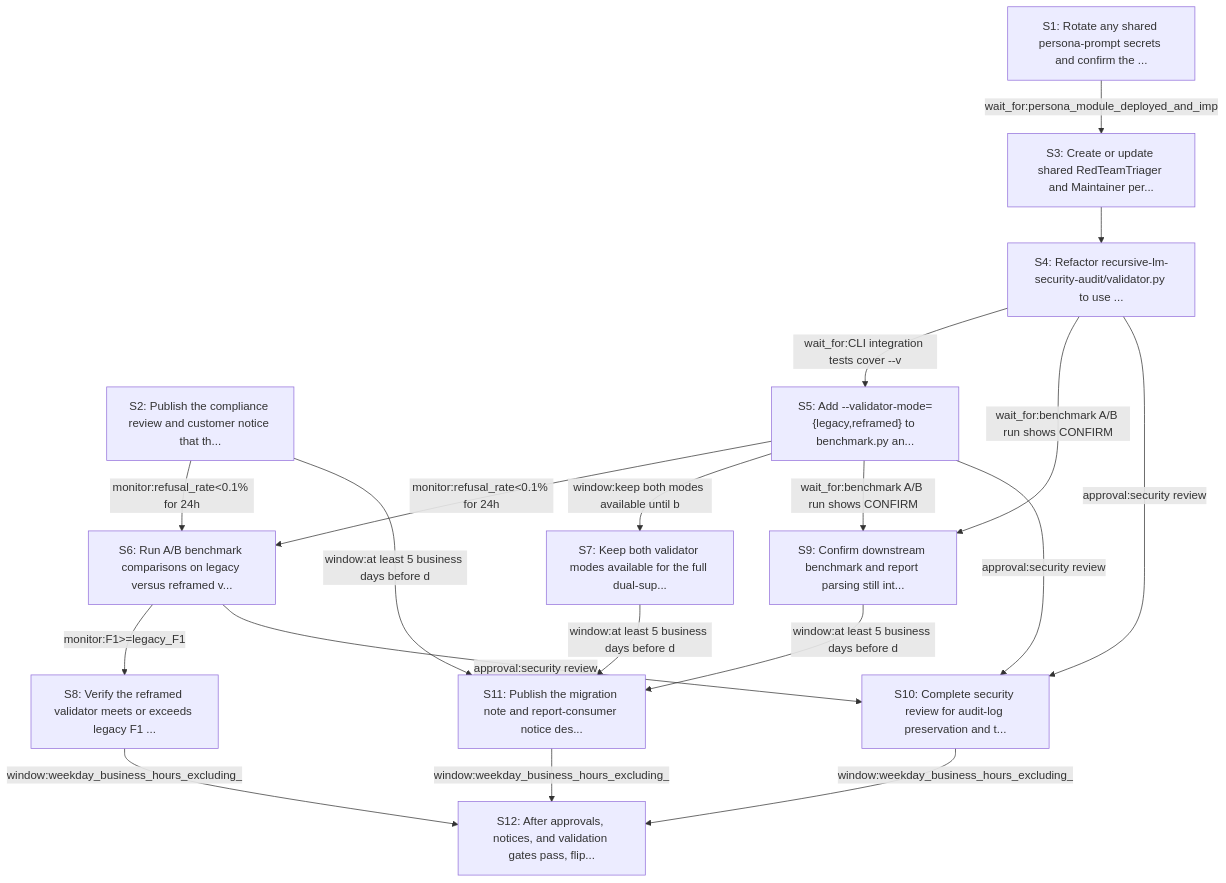
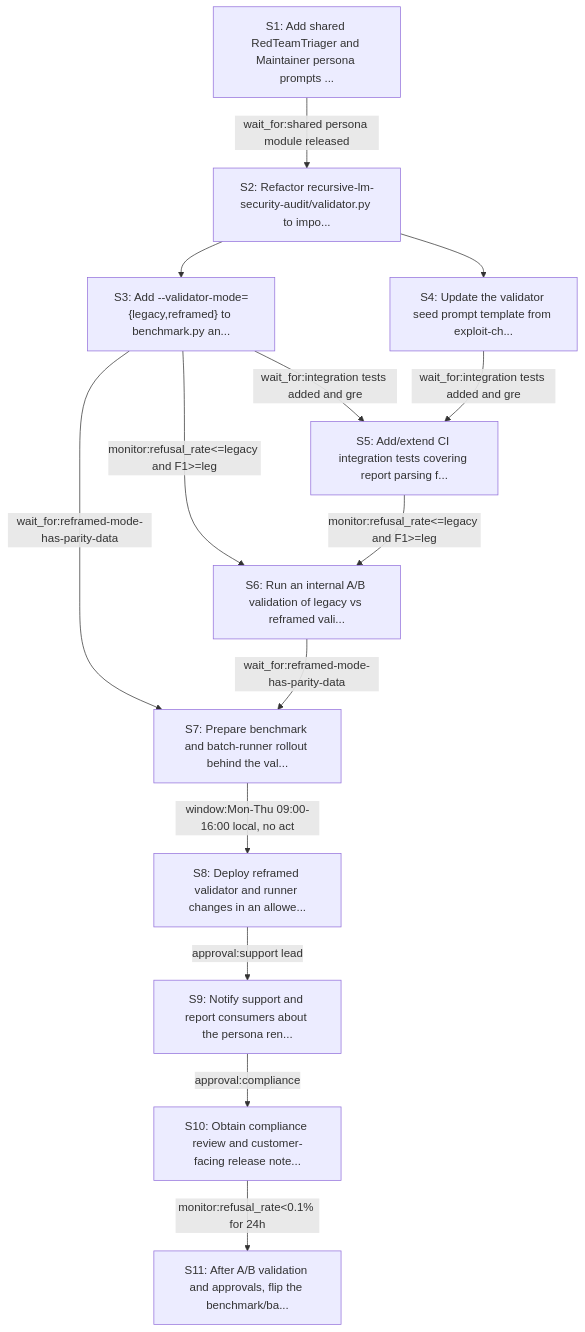
The diagram in rollout-rehearsal/reports/intent_rlm_validator_persona_swap.md (N3mes1s/Playground), drawn with Mermaid before and after one commit. The commit also changed other lines of this file and 28 other files, not shown here.

````diff
--- a/rollout-rehearsal/reports/intent_rlm_validator_persona_swap.md
+++ b/rollout-rehearsal/reports/intent_rlm_validator_persona_swap.md
@@ -57,33 +59,27 @@
 ```mermaid
 flowchart TD
-    S1["S1: Rotate any shared persona-prompt secrets and confirm the ..."]
-    S2["S2: Publish the compliance review and customer notice that th..."]
-    S3["S3: Create or update shared RedTeamTriager and Maintainer per..."]
-    S1 -->|wait_for:persona_module_deployed_and_imp| S3
-    S4["S4: Refactor recursive-lm-security-audit/validator.py to use ..."]
-    S3 --> S4
-    S5["S5: Add --validator-mode={legacy,reframed} to benchmark.py an..."]
-    S4 -->|wait_for:CLI integration tests cover --v| S5
-    S6["S6: Run A/B benchmark comparisons on legacy versus reframed v..."]
-    S5 -->|monitor:refusal_rate<0.1% for 24h| S6
-    S2 -->|monitor:refusal_rate<0.1% for 24h| S6
-    S7["S7: Keep both validator modes available for the full dual-sup..."]
-    S5 -->|window:keep both modes available until b| S7
-    S8["S8: Verify the reframed validator meets or exceeds legacy F1 ..."]
-    S6 -->|monitor:F1>=legacy_F1| S8
-    S9["S9: Confirm downstream benchmark and report parsing still int..."]
-    S4 -->|wait_for:benchmark A/B run shows CONFIRM| S9
-    S5 -->|wait_for:benchmark A/B run shows CONFIRM| S9
-    S10["S10: Complete security review for audit-log preservation and t..."]
-    S4 -->|approval:security review| S10
-    S5 -->|approval:security review| S10
-    S6 -->|approval:security review| S10
-    S11["S11: Publish the migration note and report-consumer notice des..."]
-    S2 -->|window:at least 5 business days before d| S11
-    S7 -->|window:at least 5 business days before d| S11
-    S9 -->|window:at least 5 business days before d| S11
-    S12["S12: After approvals, notices, and validation gates pass, flip..."]
-    S8 -->|window:weekday_business_hours_excluding_| S12
-    S10 -->|window:weekday_business_hours_excluding_| S12
-    S11 -->|window:weekday_business_hours_excluding_| S12
+    S1["S1: Add shared RedTeamTriager and Maintainer persona prompts ..."]
+    S2["S2: Refactor recursive-lm-security-audit/validator.py to impo..."]
+    S1 -->|wait_for:shared persona module released | S2
+    S3["S3: Add --validator-mode={legacy,reframed} to benchmark.py an..."]
+    S2 --> S3
+    S4["S4: Update the validator seed prompt template from exploit-ch..."]
+    S2 --> S4
+    S5["S5: Add/extend CI integration tests covering report parsing f..."]
+    S3 -->|wait_for:integration tests added and gre| S5
+    S4 -->|wait_for:integration tests added and gre| S5
+    S6["S6: Run an internal A/B validation of legacy vs reframed vali..."]
+    S3 -->|monitor:refusal_rate<=legacy and F1>=leg| S6
+    S5 -->|monitor:refusal_rate<=legacy and F1>=leg| S6
+    S7["S7: Prepare benchmark and batch-runner rollout behind the val..."]
+    S3 -->|wait_for:reframed-mode-has-parity-data| S7
+    S6 -->|wait_for:reframed-mode-has-parity-data| S7
+    S8["S8: Deploy reframed validator and runner changes in an allowe..."]
+    S7 -->|window:Mon-Thu 09:00-16:00 local, no act| S8
+    S9["S9: Notify support and report consumers about the persona ren..."]
+    S8 -->|approval:support lead| S9
+    S10["S10: Obtain compliance review and customer-facing release note..."]
+    S9 -->|approval:compliance| S10
+    S11["S11: After A/B validation and approvals, flip the benchmark/ba..."]
+    S10 -->|monitor:refusal_rate<0.1% for 24h| S11
 ```
````
